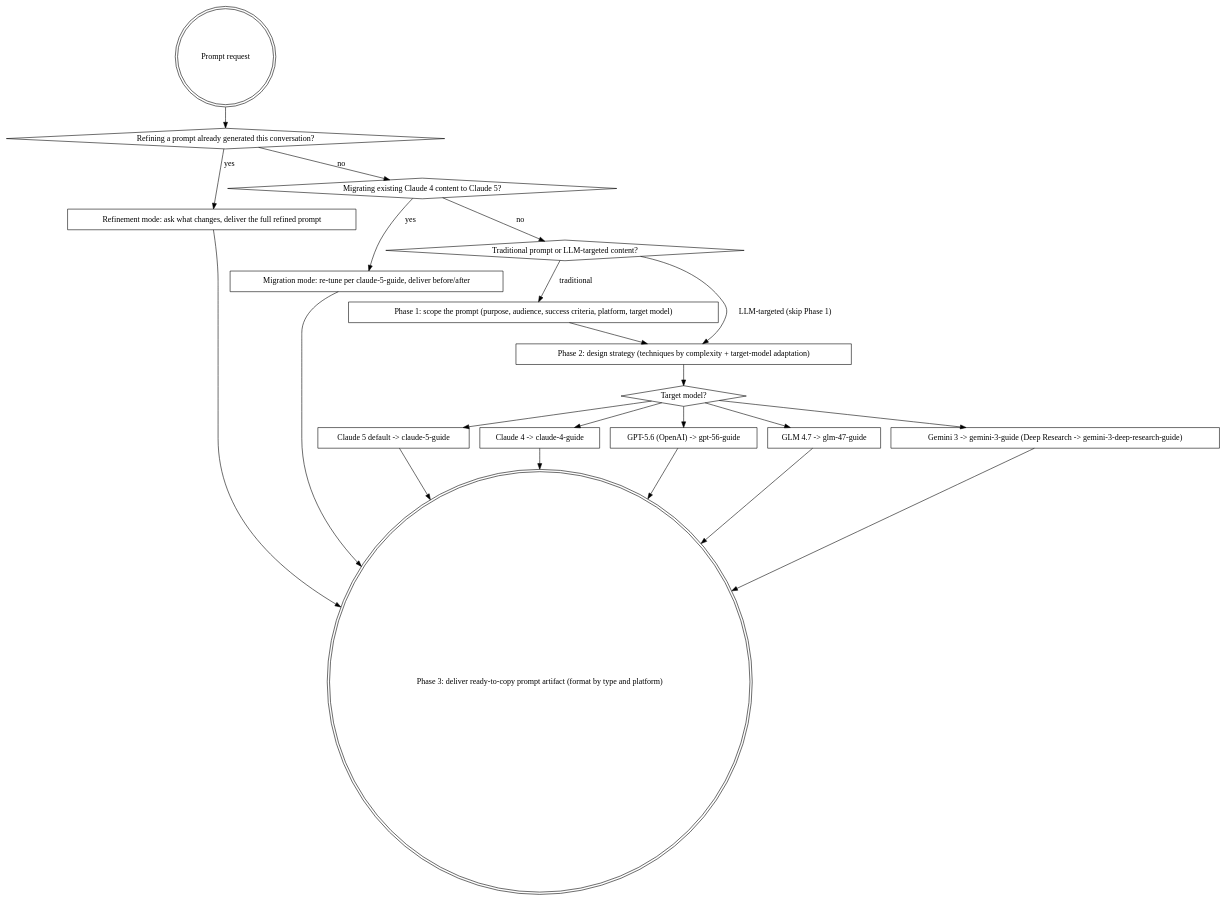
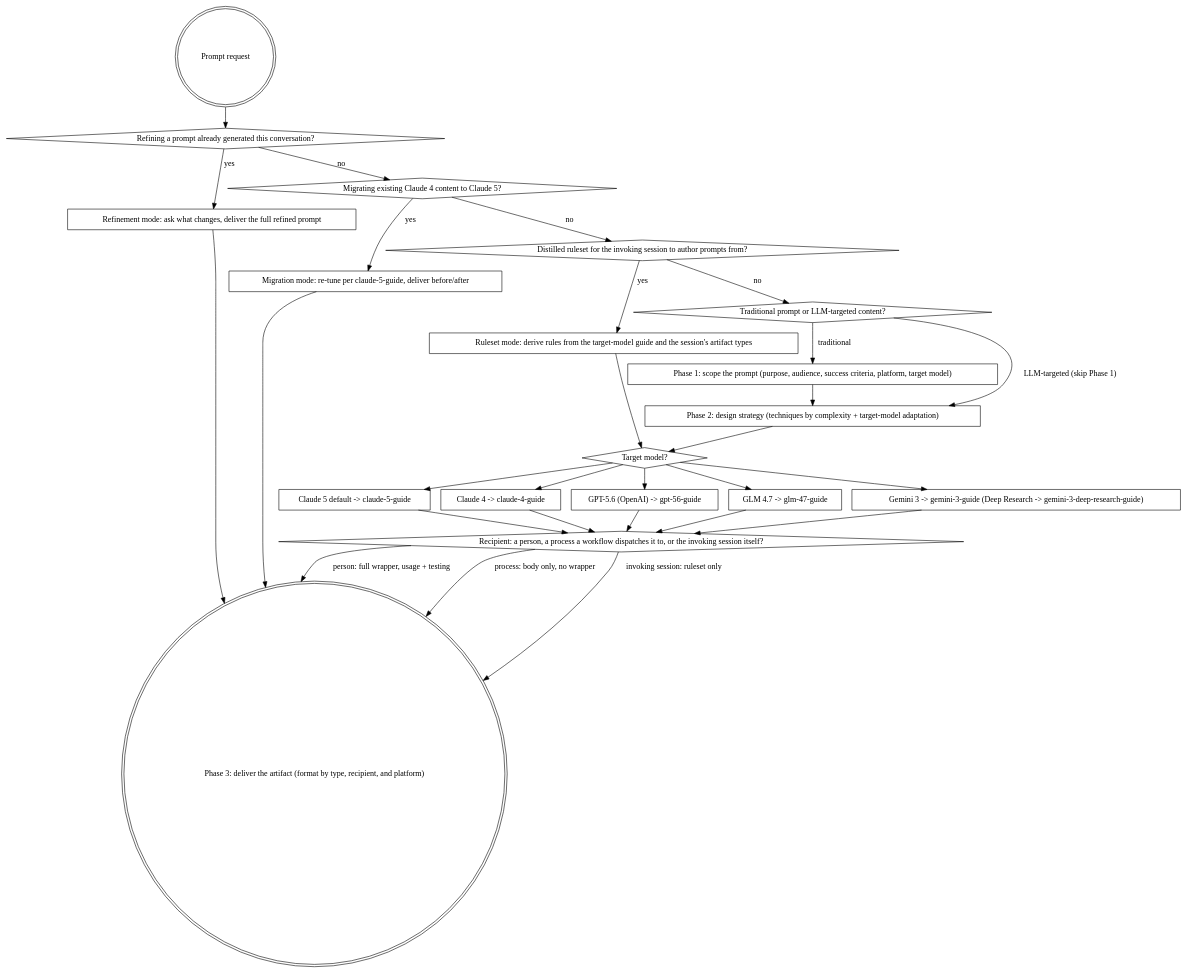
Before and after one commit to it-bens/ai-tools: the diagram in plugins/llm-author/skills/prompt-engineering/SKILL.md, drawn with Graphviz. The commit also changed other lines of this file and 11 other files, not shown here.

````diff
--- a/plugins/llm-author/skills/prompt-engineering/SKILL.md
+++ b/plugins/llm-author/skills/prompt-engineering/SKILL.md
@@ -47,41 +47,50 @@
 ```dot
 digraph prompt_engineering {
     "Prompt request" [shape=doublecircle];
     "Refining a prompt already generated this conversation?" [shape=diamond];
     "Refinement mode: ask what changes, deliver the full refined prompt" [shape=box];
     "Migrating existing Claude 4 content to Claude 5?" [shape=diamond];
     "Migration mode: re-tune per claude-5-guide, deliver before/after" [shape=box];
+    "Distilled ruleset for the invoking session to author prompts from?" [shape=diamond];
+    "Ruleset mode: derive rules from the target-model guide and the session's artifact types" [shape=box];
     "Traditional prompt or LLM-targeted content?" [shape=diamond];
     "Phase 1: scope the prompt (purpose, audience, success criteria, platform, target model)" [shape=box];
     "Phase 2: design strategy (techniques by complexity + target-model adaptation)" [shape=box];
     "Target model?" [shape=diamond];
     "Claude 5 default -> claude-5-guide" [shape=box];
     "Claude 4 -> claude-4-guide" [shape=box];
     "GPT-5.6 (OpenAI) -> gpt-56-guide" [shape=box];
     "GLM 4.7 -> glm-47-guide" [shape=box];
     "Gemini 3 -> gemini-3-guide (Deep Research -> gemini-3-deep-research-guide)" [shape=box];
-    "Phase 3: deliver ready-to-copy prompt artifact (format by type and platform)" [shape=doublecircle];
+    "Recipient: a person, a process a workflow dispatches it to, or the invoking session itself?" [shape=diamond];
+    "Phase 3: deliver the artifact (format by type, recipient, and platform)" [shape=doublecircle];
 
     "Prompt request" -> "Refining a prompt already generated this conversation?";
     "Refining a prompt already generated this conversation?" -> "Refinement mode: ask what changes, deliver the full refined prompt" [label="yes"];
-    "Refinement mode: ask what changes, deliver the full refined prompt" -> "Phase 3: deliver ready-to-copy prompt artifact (format by type and platform)";
+    "Refinement mode: ask what changes, deliver the full refined prompt" -> "Phase 3: deliver the artifact (format by type, recipient, and platform)";
     "Refining a prompt already generated this conversation?" -> "Migrating existing Claude 4 content to Claude 5?" [label="no"];
     "Migrating existing Claude 4 content to Claude 5?" -> "Migration mode: re-tune per claude-5-guide, deliver before/after" [label="yes"];
-    "Migration mode: re-tune per claude-5-guide, deliver before/after" -> "Phase 3: deliver ready-to-copy prompt artifact (format by type and platform)";
-    "Migrating existing Claude 4 content to Claude 5?" -> "Traditional prompt or LLM-targeted content?" [label="no"];
+    "Migration mode: re-tune per claude-5-guide, deliver before/after" -> "Phase 3: deliver the artifact (format by type, recipient, and platform)";
+    "Migrating existing Claude 4 content to Claude 5?" -> "Distilled ruleset for the invoking session to author prompts from?" [label="no"];
+    "Distilled ruleset for the invoking session to author prompts from?" -> "Ruleset mode: derive rules from the target-model guide and the session's artifact types" [label="yes"];
+    "Ruleset mode: derive rules from the target-model guide and the session's artifact types" -> "Target model?";
+    "Distilled ruleset for the invoking session to author prompts from?" -> "Traditional prompt or LLM-targeted content?" [label="no"];
     "Traditional prompt or LLM-targeted content?" -> "Phase 1: scope the prompt (purpose, audience, success criteria, platform, target model)" [label="traditional"];
     "Traditional prompt or LLM-targeted content?" -> "Phase 2: design strategy (techniques by complexity + target-model adaptation)" [label="LLM-targeted (skip Phase 1)"];
     "Phase 1: scope the prompt (purpose, audience, success criteria, platform, target model)" -> "Phase 2: design strategy (techniques by complexity + target-model adaptation)";
     "Phase 2: design strategy (techniques by complexity + target-model adaptation)" -> "Target model?";
     "Target model?" -> "Claude 5 default -> claude-5-guide";
     "Target model?" -> "Claude 4 -> claude-4-guide";
     "Target model?" -> "GPT-5.6 (OpenAI) -> gpt-56-guide";
     "Target model?" -> "GLM 4.7 -> glm-47-guide";
     "Target model?" -> "Gemini 3 -> gemini-3-guide (Deep Research -> gemini-3-deep-research-guide)";
-    "Claude 5 default -> claude-5-guide" -> "Phase 3: deliver ready-to-copy prompt artifact (format by type and platform)";
-    "Claude 4 -> claude-4-guide" -> "Phase 3: deliver ready-to-copy prompt artifact (format by type and platform)";
-    "GPT-5.6 (OpenAI) -> gpt-56-guide" -> "Phase 3: deliver ready-to-copy prompt artifact (format by type and platform)";
-    "GLM 4.7 -> glm-47-guide" -> "Phase 3: deliver ready-to-copy prompt artifact (format by type and platform)";
-    "Gemini 3 -> gemini-3-guide (Deep Research -> gemini-3-deep-research-guide)" -> "Phase 3: deliver ready-to-copy prompt artifact (format by type and platform)";
+    "Claude 5 default -> claude-5-guide" -> "Recipient: a person, a process a workflow dispatches it to, or the invoking session itself?";
+    "Claude 4 -> claude-4-guide" -> "Recipient: a person, a process a workflow dispatches it to, or the invoking session itself?";
+    "GPT-5.6 (OpenAI) -> gpt-56-guide" -> "Recipient: a person, a process a workflow dispatches it to, or the invoking session itself?";
+    "GLM 4.7 -> glm-47-guide" -> "Recipient: a person, a process a workflow dispatches it to, or the invoking session itself?";
+    "Gemini 3 -> gemini-3-guide (Deep Research -> gemini-3-deep-research-guide)" -> "Recipient: a person, a process a workflow dispatches it to, or the invoking session itself?";
+    "Recipient: a person, a process a workflow dispatches it to, or the invoking session itself?" -> "Phase 3: deliver the artifact (format by type, recipient, and platform)" [label="person: full wrapper, usage + testing"];
+    "Recipient: a person, a process a workflow dispatches it to, or the invoking session itself?" -> "Phase 3: deliver the artifact (format by type, recipient, and platform)" [label="process: body only, no wrapper"];
+    "Recipient: a person, a process a workflow dispatches it to, or the invoking session itself?" -> "Phase 3: deliver the artifact (format by type, recipient, and platform)" [label="invoking session: ruleset only"];
 }
 ```
````
